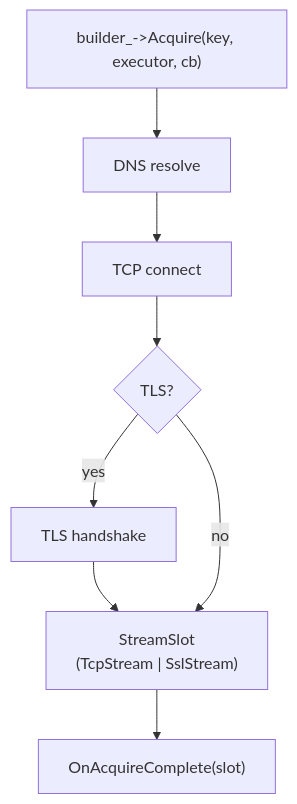
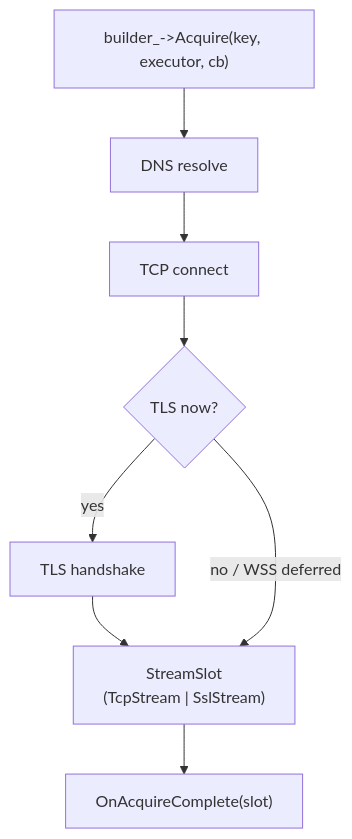
The third of 6 diagrams in docs/design/client-pipeline.md (haomingbai/bsrvcore), drawn with Mermaid before and after one commit. The commit also changed other lines of this file and 16 other files, not shown here.

````diff
--- a/docs/design/client-pipeline.md
+++ b/docs/design/client-pipeline.md
@@ -115,14 +118,14 @@
 ```mermaid
 flowchart TD
     Acquire["builder_->Acquire(key, executor, cb)"]
     DNS["DNS resolve"]
     TCP["TCP connect"]
-    TLS{"TLS?"}
+    TLS{"TLS now?"}
     Slot["StreamSlot\n(TcpStream | SslStream)"]
     CB["OnAcquireComplete(slot)"]
 
     Acquire --> DNS --> TCP --> TLS
     TLS -- yes --> HandShake["TLS handshake"] --> Slot
-    TLS -- no --> Slot
+    TLS -- no / WSS deferred --> Slot
     Slot --> CB
 ```
````
